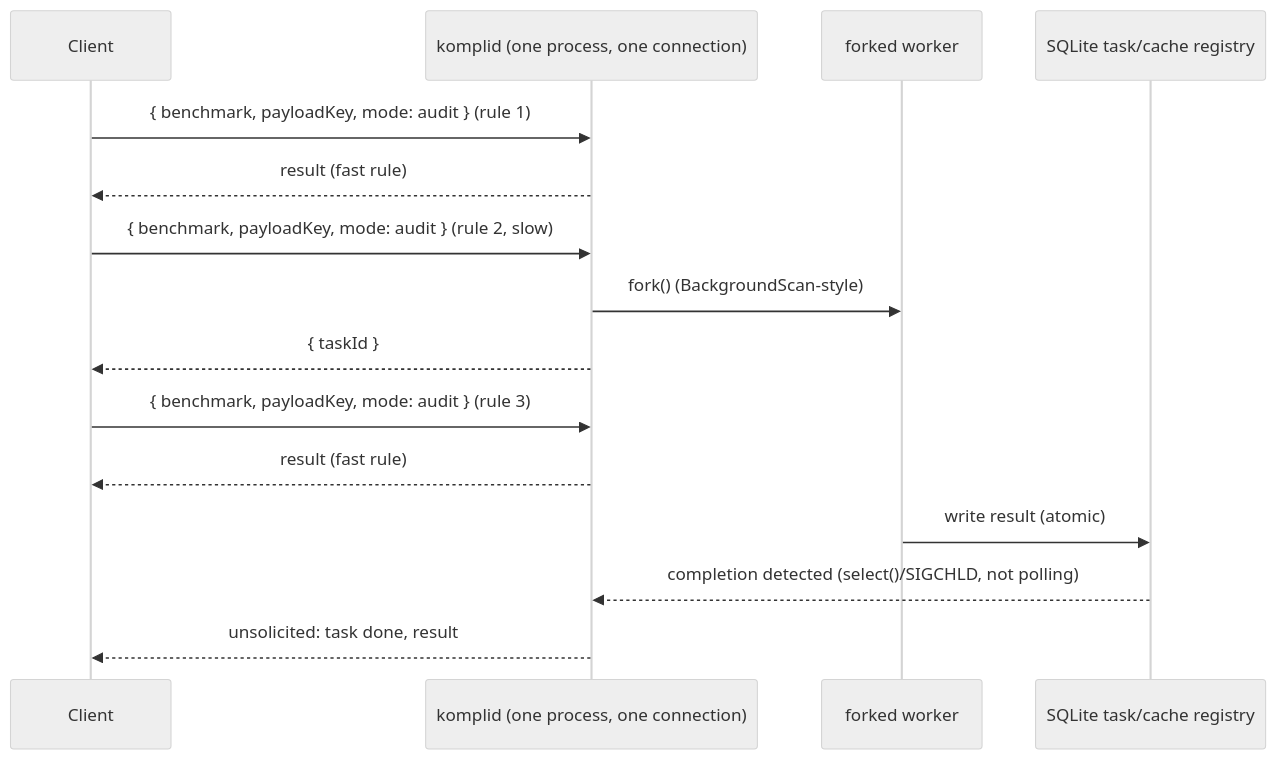
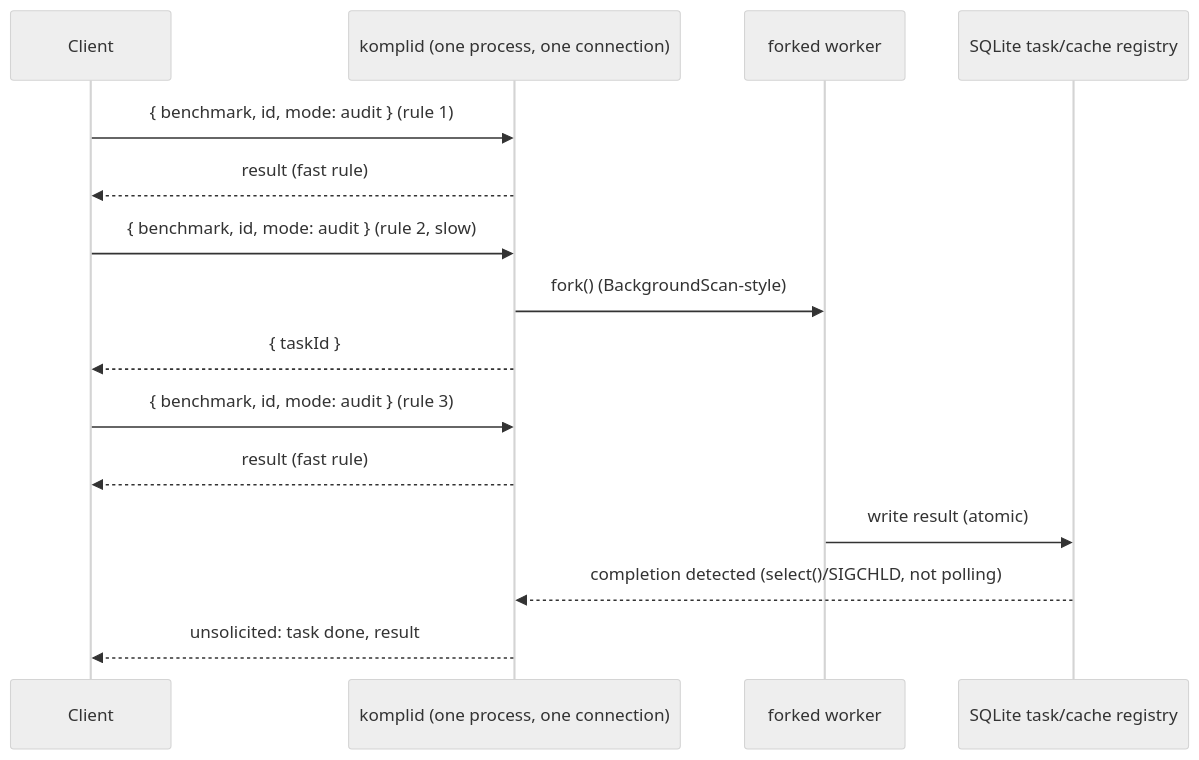
One commit to microsoft/kompli changed the third of 5 diagrams in docs/architecture.md. Above: the diagram before and after it, drawn with Mermaid (neutral theme). The commit also changed 30 other files, not shown here.

````diff
--- a/docs/architecture.md
+++ b/docs/architecture.md
@@ -130,17 +130,17 @@
 ```mermaid
 sequenceDiagram
     participant Client
     participant komplid as komplid (one process, one connection)
     participant Worker as forked worker
     participant DB as SQLite task/cache registry
-    Client->>komplid: { benchmark, payloadKey, mode: audit } (rule 1)
+    Client->>komplid: { benchmark, id, mode: audit } (rule 1)
     komplid-->>Client: result (fast rule)
-    Client->>komplid: { benchmark, payloadKey, mode: audit } (rule 2, slow)
+    Client->>komplid: { benchmark, id, mode: audit } (rule 2, slow)
     komplid->>Worker: fork() (BackgroundScan-style)
     komplid-->>Client: { taskId }
-    Client->>komplid: { benchmark, payloadKey, mode: audit } (rule 3)
+    Client->>komplid: { benchmark, id, mode: audit } (rule 3)
     komplid-->>Client: result (fast rule)
     Worker->>DB: write result (atomic)
     DB-->>komplid: completion detected (select()/SIGCHLD, not polling)
     komplid-->>Client: unsolicited: task done, result
 ```
````
